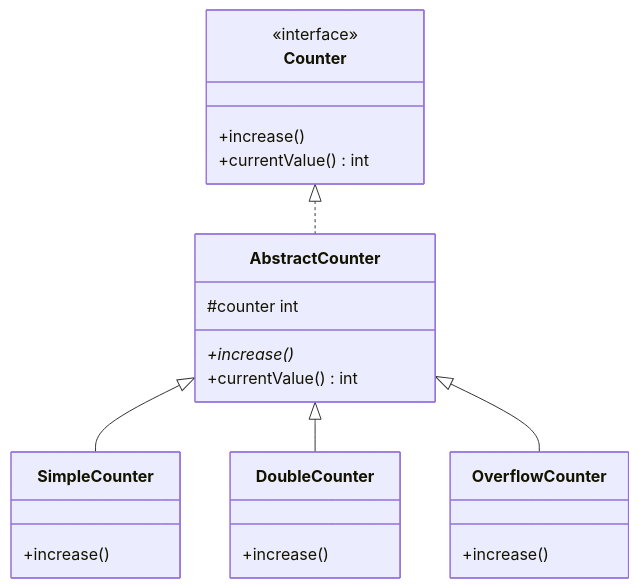
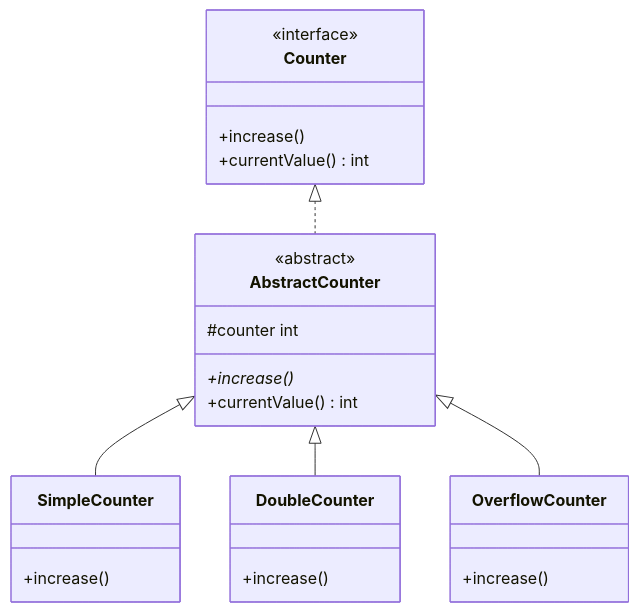
Before and after one commit to zacniewski/materials-about-OOP-in-Java-and-Python: the third of 3 diagrams in laboratoria/lab3/lab3-grupy-2-i-3.md, drawn with Mermaid.

Commit message:
Abstract stereotype in AbstractCounter

````diff
--- a/laboratoria/lab3/lab3-grupy-2-i-3.md
+++ b/laboratoria/lab3/lab3-grupy-2-i-3.md
@@ -196,31 +196,32 @@
 ```mermaid
 classDiagram
     class Counter {
         <<interface>>
         +increase()
         +currentValue() int
     }
 
     class AbstractCounter {
+		<<abstract>>
 		#counter int
 		+increase()*
         +currentValue() int	
 	}
 
     class SimpleCounter {
 		+increase()
     }
 
     class DoubleCounter {
         +increase()
     }
 
     class OverflowCounter {
         +increase()
     }
 
     Counter <|.. AbstractCounter
     AbstractCounter <|-- SimpleCounter
     AbstractCounter <|-- DoubleCounter
     AbstractCounter <|-- OverflowCounter
 ```
````
